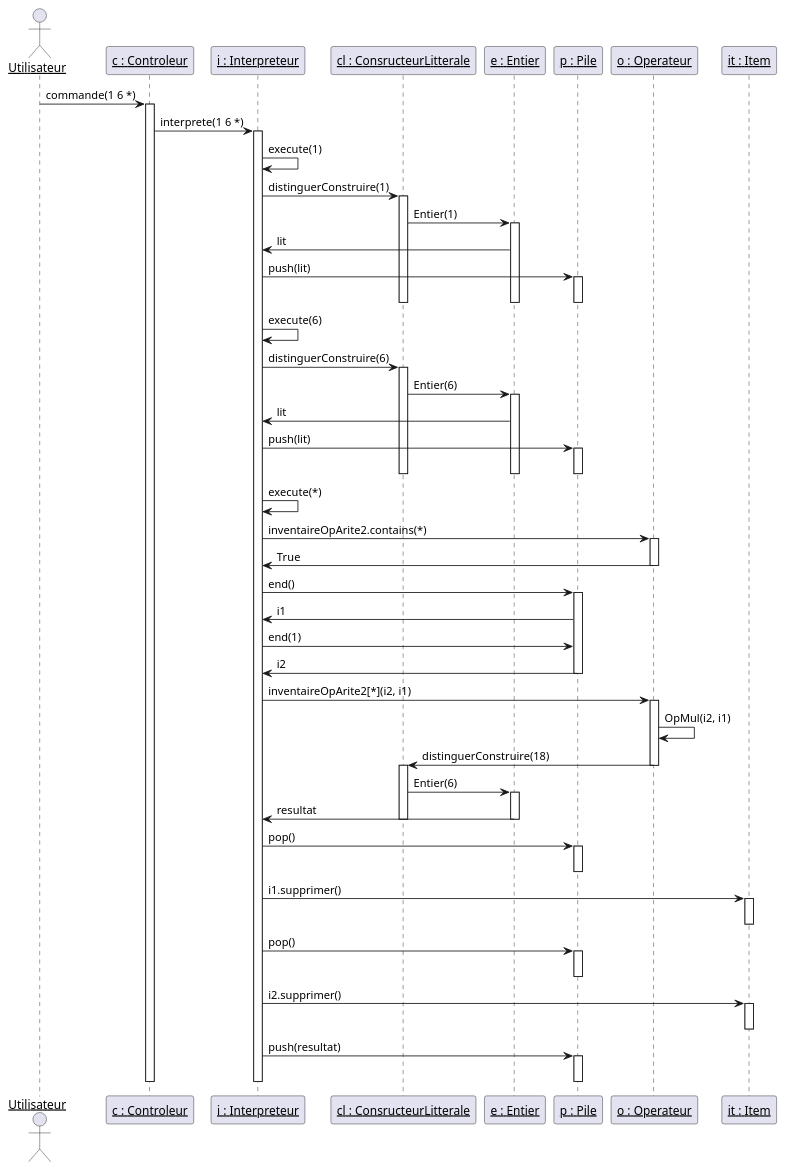
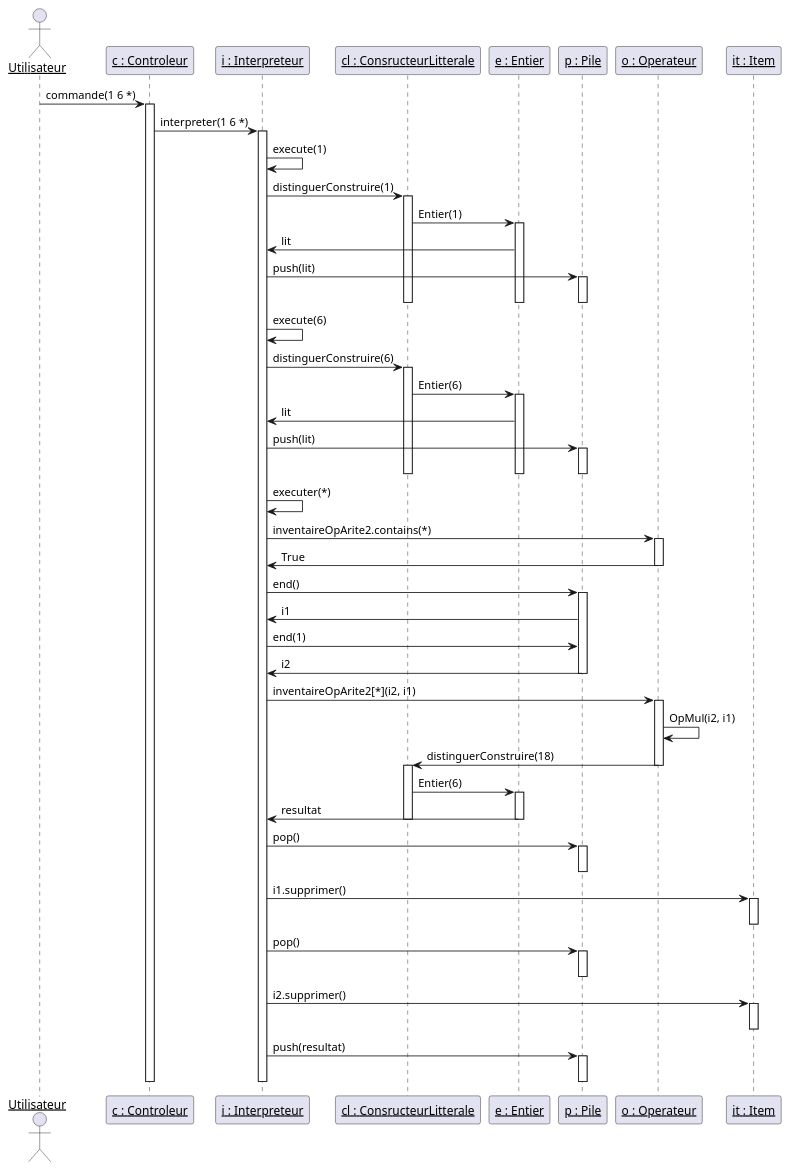
One commit to LouisJeanneau/LO21-Projet-CompUT changed the diagram in DiagrammeSequence.puml. Above: the diagram before and after it, drawn with PlantUML. The commit also changed 17 other files, not shown here.

```diff
--- a/DiagrammeSequence.puml
+++ b/DiagrammeSequence.puml
@@ -1,112 +1,112 @@
 @startuml
 skinparam sequenceParticipant underline
 
 actor Utilisateur
 participant "c : Controleur" as C
 participant "i : Interpreteur" as I
 participant "cl : ConsructeurLitterale" as CL
 participant "e : Entier" as E
 participant "p : Pile" as P
 
 
 Utilisateur -> C: commande(1 6 *)
 activate C
 
-C -> I: interprete(1 6 *)
+C -> I: interpreter(1 6 *)
 activate I
 
 I -> I: execute(1)
 
 I -> CL : distinguerConstruire(1)
 activate CL
 
 CL -> E : Entier(1)
 activate E
 
 E -> I : lit
 
 I -> P : push(lit)
 activate P
 
 deactivate P
 deactivate E
 deactivate CL
 
 I -> I: execute(6)
 
 I -> CL : distinguerConstruire(6)
 activate CL
 
 CL -> E : Entier(6)
 activate E
 
 E -> I : lit
 
 I -> P : push(lit)
 activate P
 
 deactivate P
 deactivate E
 deactivate CL
 
-I -> I: execute(*)
+I -> I: executer(*)
 
 participant "o : Operateur" as O
 
 I -> O : inventaireOpArite2.contains(*)
 activate O
 
 O -> I : True
 deactivate O
 
 I -> P : end()
 activate P
 
 P -> I : i1
 
 I -> P : end(1)
 
 P -> I : i2
 deactivate P
 
 I -> O : inventaireOpArite2[*](i2, i1)
 activate O
 
 O -> O : OpMul(i2, i1)
 
 O -> CL : distinguerConstruire(18)
 deactivate O
 activate CL
 
 CL -> E : Entier(6)
 activate E
 
 E -> I : resultat
 deactivate E
 deactivate CL
 
 I -> P : pop()
 activate P
 deactivate P
 participant "it : Item" as IT
 
 I -> IT : i1.supprimer()
 activate IT
 deactivate IT
 
 I -> P : pop()
 activate P
 deactivate P
 
 I -> IT : i2.supprimer()
 activate IT
 deactivate IT
 
 I -> P : push(resultat)
 activate P
 deactivate P
 
 deactivate I
 deactivate C
 
 @enduml
```
